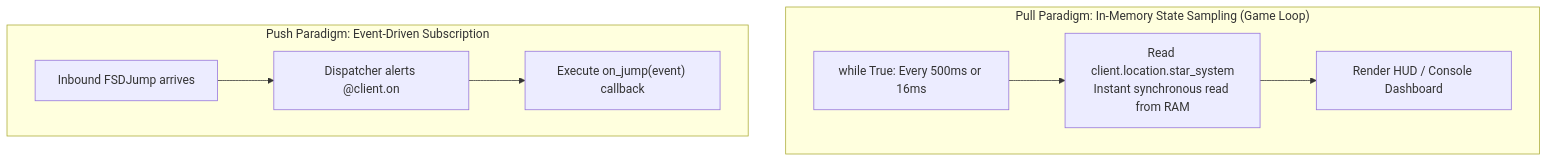
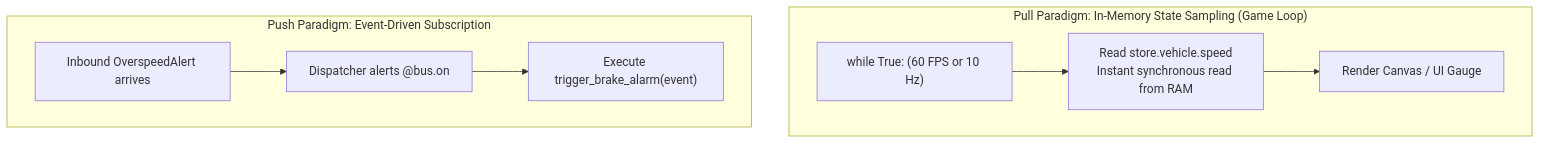
The eighth of 10 diagrams in architecture/notes/event_driven_telemetry_and_state_fundamentals.md (mnaatjes/ed-fleet-client), drawn with Mermaid before and after one commit. The commit also changed other lines of this file, not shown here.

Commit message:
docs(architecture): rewrite fundamentals primer with domain-agnostic examples

````diff
--- a/architecture/notes/event_driven_telemetry_and_state_fundamentals.md
+++ b/architecture/notes/event_driven_telemetry_and_state_fundamentals.md
@@ -319,12 +319,12 @@
 ```mermaid
 flowchart TD
     subgraph Pull ["Pull Paradigm: In-Memory State Sampling (Game Loop)"]
-        Loop["while True: Every 500ms or 16ms"] --> Read["Read client.location.star_system<br/>Instant synchronous read from RAM"]
-        Read --> Render["Render HUD / Console Dashboard"]
+        Loop["while True: (60 FPS or 10 Hz)"] --> Read["Read store.vehicle.speed<br/>Instant synchronous read from RAM"]
+        Read --> Render["Render Canvas / UI Gauge"]
     end
 
     subgraph Push ["Push Paradigm: Event-Driven Subscription"]
-        Event["Inbound FSDJump arrives"] --> Dispatcher["Dispatcher alerts @client.on"]
-        Dispatcher --> Callback["Execute on_jump(event) callback"]
+        Event["Inbound OverspeedAlert arrives"] --> Dispatcher["Dispatcher alerts @bus.on"]
+        Dispatcher --> Callback["Execute trigger_brake_alarm(event)"]
     end
 ```
````
